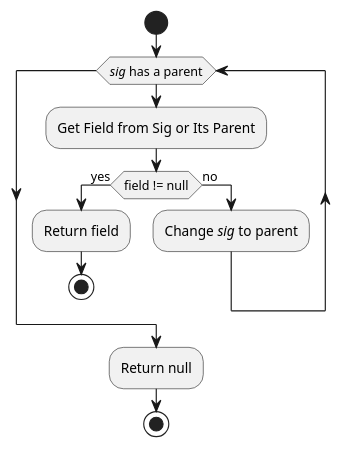
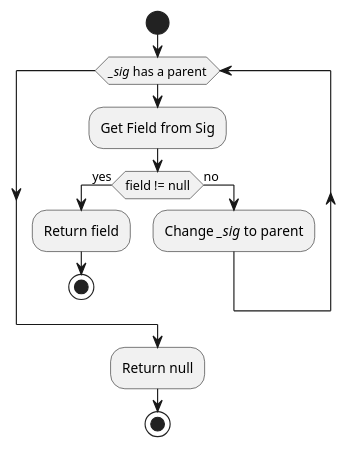
The diagram in src/main/javadoc/edu/gatech/gtri/obm/alloy/translator/doc-files/AlloyUtils_getFieldFromParentSig.puml (ontological-behavior-modeling/tester), drawn with PlantUML before and after one commit. The commit also changed 22 other files, not shown here.

```diff
--- a/src/main/javadoc/edu/gatech/gtri/obm/alloy/translator/doc-files/AlloyUtils_getFieldFromParentSig.puml
+++ b/src/main/javadoc/edu/gatech/gtri/obm/alloy/translator/doc-files/AlloyUtils_getFieldFromParentSig.puml
@@ -1,14 +1,14 @@
 @startuml
 start
-while(//sig// has a parent)
-	:Get Field from Sig or Its Parent;
+while(//_sig// has a parent)
+	:Get Field from Sig;
 	if(field != null) then (yes)
 		:Return field;
 		stop
 	else(no)
-		:Change //sig// to parent;
+		:Change //_sig// to parent;
 	endif
 endwhile
 :Return null;
 stop
 @enduml
```
